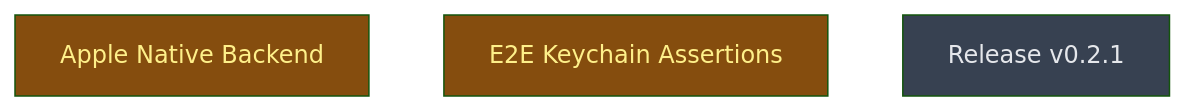
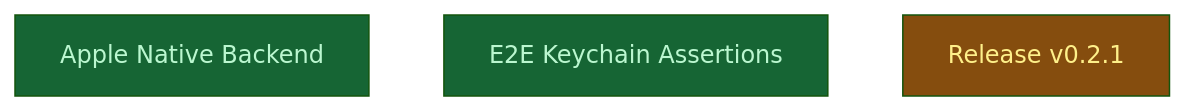
The diagram in __roadmap__/keychain-persistence/README.md (LittleCoinCoin/sift), drawn with Mermaid (forest theme) before and after one commit. The commit also changed other lines of this file and 4 other files, not shown here.

First line of the commit message:
rdm(keychain-persistence): close L1 and start the release level

````diff
--- a/__roadmap__/keychain-persistence/README.md
+++ b/__roadmap__/keychain-persistence/README.md
@@ -46,11 +46,11 @@
 ```mermaid
 graph TD
-    apple_native_backend[Apple Native Backend]:::inprogress
-    e2e_keychain_assertions[E2E Keychain Assertions]:::inprogress
-    next[Release v0.2.1]:::planned
+    apple_native_backend[Apple Native Backend]:::done
+    e2e_keychain_assertions[E2E Keychain Assertions]:::done
+    next[Release v0.2.1]:::inprogress
     classDef done       fill:#166534,color:#bbf7d0
     classDef inprogress fill:#854d0e,color:#fef08a
     classDef planned    fill:#374151,color:#e5e7eb
     classDef amendment  fill:#1e3a5f,color:#bfdbfe
     classDef blocked    fill:#7f1d1d,color:#fecaca
 ```
````
